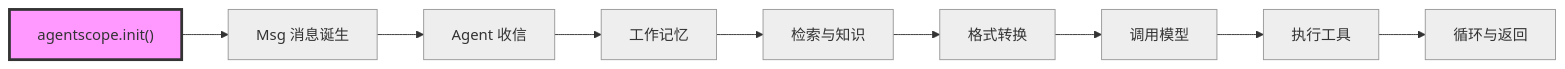
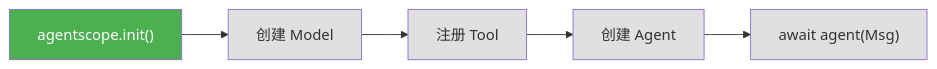
The diagram in teaching/book/volume-1-journey/ch03-toolbox.md (agentscope-ai/agentscope), drawn with Mermaid before and after one commit. The commit also changed other lines of this file, not shown here.

````diff
--- a/teaching/book/volume-1-journey/ch03-toolbox.md
+++ b/teaching/book/volume-1-journey/ch03-toolbox.md
@@ -19,21 +18,13 @@
 ```mermaid
-flowchart LR
-    A["agentscope.init()"] --> B["Msg 消息诞生"]
-    B --> C["Agent 收信"]
-    C --> D["工作记忆"]
-    D --> E["检索与知识"]
-    E --> F["格式转换"]
-    F --> G["调用模型"]
-    G --> H["执行工具"]
-    H --> I["循环与返回"]
+graph LR
+    Init["agentscope.init()"] --> Model["创建 Model"]
+    Model --> Toolkit["注册 Tool"]
+    Toolkit --> Agent["创建 Agent"]
+    Agent --> Request["await agent(Msg)"]
 
-    style A fill:#f9f,stroke:#333,stroke-width:3px
-    style B fill:#eee,stroke:#999
-    style C fill:#eee,stroke:#999
-    style D fill:#eee,stroke:#999
-    style E fill:#eee,stroke:#999
-    style F fill:#eee,stroke:#999
-    style G fill:#eee,stroke:#999
-    style H fill:#eee,stroke:#999
-    style I fill:#eee,stroke:#999
+    style Init fill:#4caf50,color:white
+    style Model fill:#e0e0e0
+    style Toolkit fill:#e0e0e0
+    style Agent fill:#e0e0e0
+    style Request fill:#e0e0e0
 ```
````
